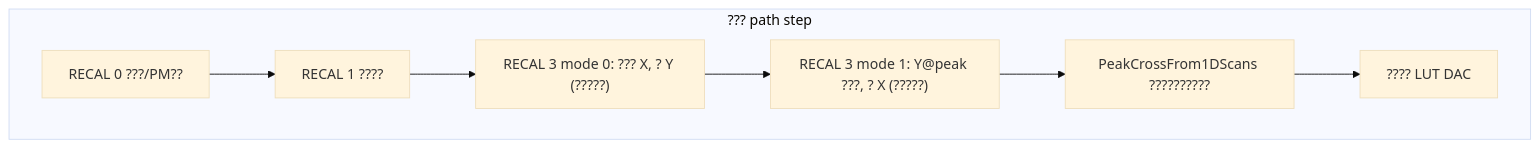
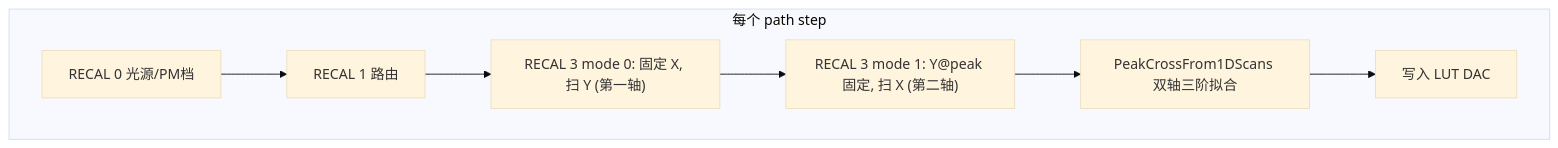
One commit to JacobLiou/Molex.OSBU.Module.M576Tool changed the first of 4 diagrams in M576Calibrator/Docs/PeakFinder.md. Above: the diagram before and after it, drawn with Mermaid (base theme). The commit also changed other lines of this file and 34 other files, not shown here.

````diff
--- a/M576Calibrator/Docs/PeakFinder.md
+++ b/M576Calibrator/Docs/PeakFinder.md
@@ -31,12 +31,12 @@
 ```mermaid
 flowchart TD
-  subgraph perStep [??? path step]
-    R0[RECAL 0 ???/PM??]
-    R1[RECAL 1 ????]
-    Ypre["RECAL 3 mode 0: ??? X, ? Y (?????)"]
-    Xsweep["RECAL 3 mode 1: Y@peak ???, ? X (?????)"]
-    Cross[PeakCrossFrom1DScans ??????????]
-    LUT[???? LUT DAC]
+  subgraph perStep [每个 path step]
+    R0[RECAL 0 光源/PM档]
+    R1[RECAL 1 路由]
+    Ypre["RECAL 3 mode 0: 固定 X, 扫 Y (第一轴)"]
+    Xsweep["RECAL 3 mode 1: Y@peak 固定, 扫 X (第二轴)"]
+    Cross[PeakCrossFrom1DScans 双轴三阶拟合]
+    LUT[写入 LUT DAC]
   end
   R0 --> R1 --> Ypre --> Xsweep --> Cross --> LUT
 ```
````
